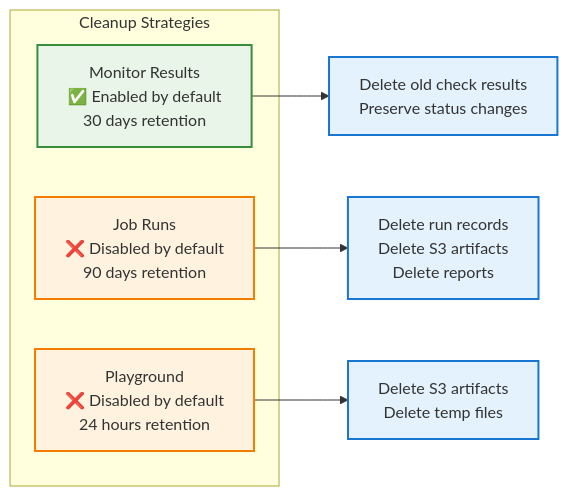
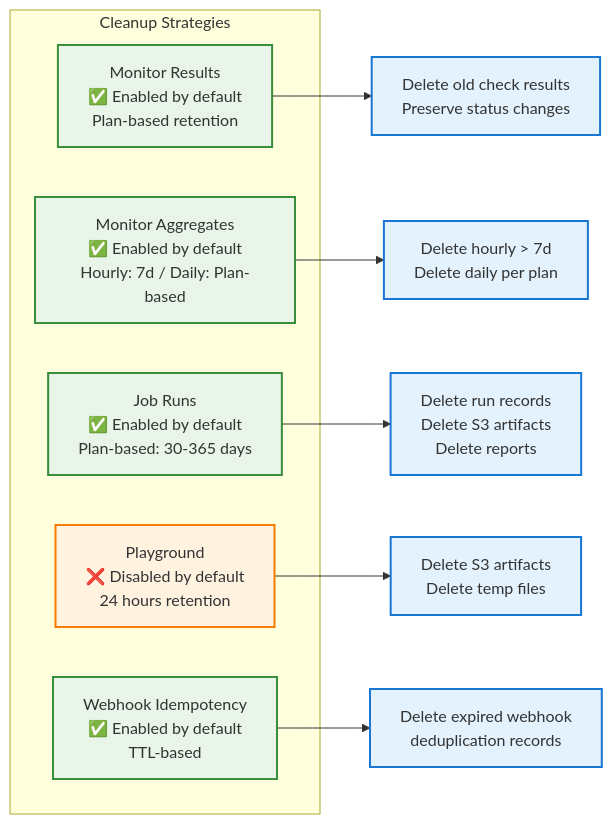
The third of 11 diagrams in specs/06-data/DATA_LIFECYCLE_SYSTEM.md (supercheck-io/supercheck), drawn with Mermaid before and after one commit. The commit also changed other lines of this file and 71 other files, not shown here.

Commit message:
Refactor schema files, data clean up chnages, monitor aggregation logic added

````diff
--- a/specs/06-data/DATA_LIFECYCLE_SYSTEM.md
+++ b/specs/06-data/DATA_LIFECYCLE_SYSTEM.md
@@ -69,20 +238,24 @@
 ```mermaid
 graph LR
     subgraph "Cleanup Strategies"
-        M[Monitor Results<br/>✅ Enabled by default<br/>30 days retention]
-        J[Job Runs<br/>❌ Disabled by default<br/>90 days retention]
+        M[Monitor Results<br/>✅ Enabled by default<br/>Plan-based retention]
+        MA[Monitor Aggregates<br/>✅ Enabled by default<br/>Hourly: 7d / Daily: Plan-based]
+        J[Job Runs<br/>✅ Enabled by default<br/>Plan-based: 30-365 days]
         P[Playground<br/>❌ Disabled by default<br/>24 hours retention]
+        W[Webhook Idempotency<br/>✅ Enabled by default<br/>TTL-based]
     end
 
     M --> MD[Delete old check results<br/>Preserve status changes]
+    MA --> MAD[Delete hourly > 7d<br/>Delete daily per plan]
     J --> JD[Delete run records<br/>Delete S3 artifacts<br/>Delete reports]
     P --> PD[Delete S3 artifacts<br/>Delete temp files]
+    W --> WD[Delete expired webhook<br/>deduplication records]
 
     classDef enabled fill:#e8f5e8,stroke:#388e3c,stroke-width:2px
     classDef disabled fill:#fff3e0,stroke:#f57c00,stroke-width:2px
     classDef action fill:#e3f2fd,stroke:#1976d2,stroke-width:2px
 
-    class M enabled
-    class J,P disabled
-    class MD,JD,PD action
+    class M,MA,J,W enabled
+    class P disabled
+    class MD,MAD,JD,PD,WD action
 ```
````
